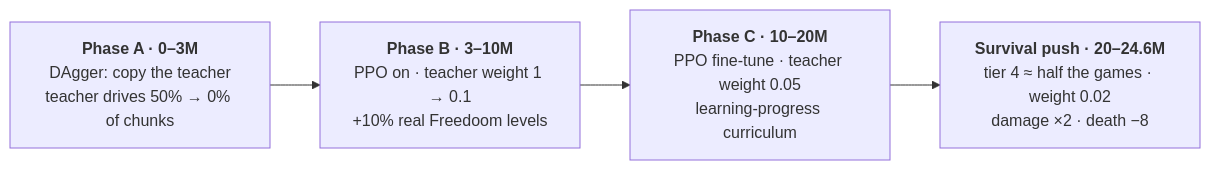
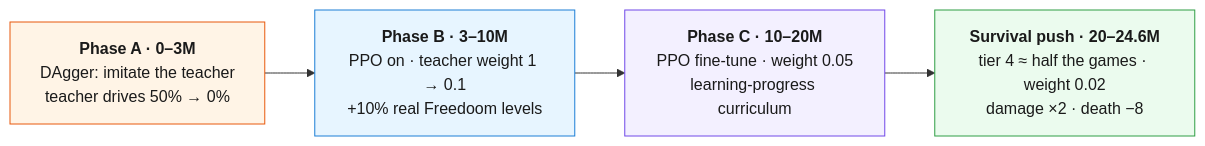
Before and after one commit to AnshulMohanty/Agent_Yodha: the fifth of 6 diagrams in README.md, drawn with Mermaid. The commit also changed other lines of this file, not shown here.

Commit message:
README: standalone project overview, styled diagrams, engineering decisions

````diff
--- a/README.md
+++ b/README.md
@@ -235,6 +295,17 @@
 ```mermaid
 flowchart LR
-    A["<b>Phase A · 0–3M</b><br/>DAgger: copy the teacher<br/>teacher drives 50% → 0% of chunks"] --> B["<b>Phase B · 3–10M</b><br/>PPO on · teacher weight 1 → 0.1<br/>+10% real Freedoom levels"]
-    B --> C["<b>Phase C · 10–20M</b><br/>PPO fine-tune · teacher weight 0.05<br/>learning-progress curriculum"]
-    C --> D["<b>Survival push · 20–24.6M</b><br/>tier 4 ≈ half the games · weight 0.02<br/>damage ×2 · death −8"]
+    A["<b>Phase A · 0–3M</b><br/>DAgger: imitate the teacher<br/>teacher drives 50% → 0%"]
+    B["<b>Phase B · 3–10M</b><br/>PPO on · teacher weight 1 → 0.1<br/>+10% real Freedoom levels"]
+    C["<b>Phase C · 10–20M</b><br/>PPO fine-tune · weight 0.05<br/>learning-progress curriculum"]
+    D["<b>Survival push · 20–24.6M</b><br/>tier 4 ≈ half the games · weight 0.02<br/>damage ×2 · death −8"]
+    A --> B --> C --> D
+
+    classDef p1 fill:#fff4e6,stroke:#e8590c,color:#1a1a1a
+    classDef p2 fill:#e7f5ff,stroke:#1c7ed6,color:#1a1a1a
+    classDef p3 fill:#f3f0ff,stroke:#7048e8,color:#1a1a1a
+    classDef p4 fill:#ebfbee,stroke:#2f9e44,color:#1a1a1a
+    class A p1
+    class B p2
+    class C p3
+    class D p4
 ```
````
